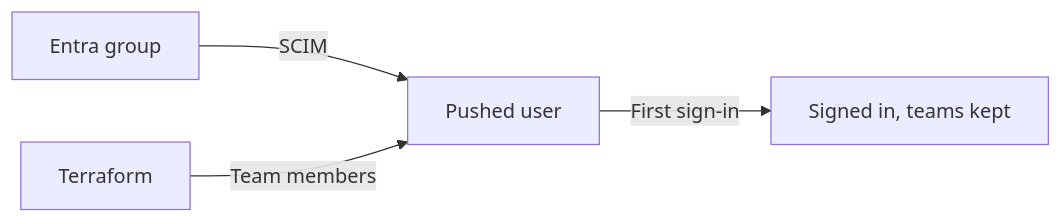
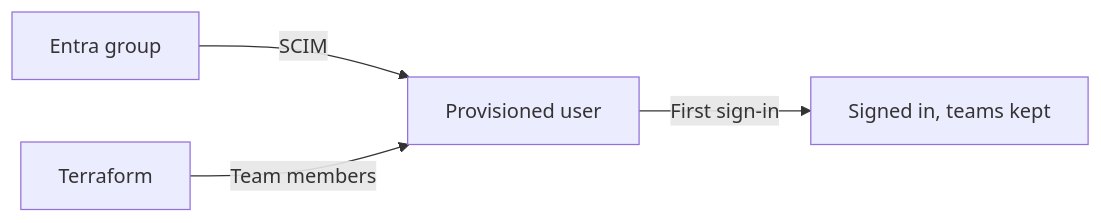
One commit to archestra-ai/archestra changed the diagram in docs/pages/admin/identity/scim.md. Above: the diagram before and after it, drawn with Mermaid. The commit also changed other lines of this file, not shown here.

Commit message:
docs(scim): rewrite in a technical register

````diff
--- a/docs/pages/admin/identity/scim.md
+++ b/docs/pages/admin/identity/scim.md
@@ -49,6 +52,6 @@
 ```mermaid
 flowchart LR
-  Entra[Entra group]:::external -->|SCIM| User[Pushed user]:::accent
+  Entra[Entra group]:::external -->|SCIM| User[Provisioned user]:::accent
   TF[Terraform] -->|Team members| User
   User -->|First sign-in| Active[Signed in, teams kept]:::ok
 ```
````
